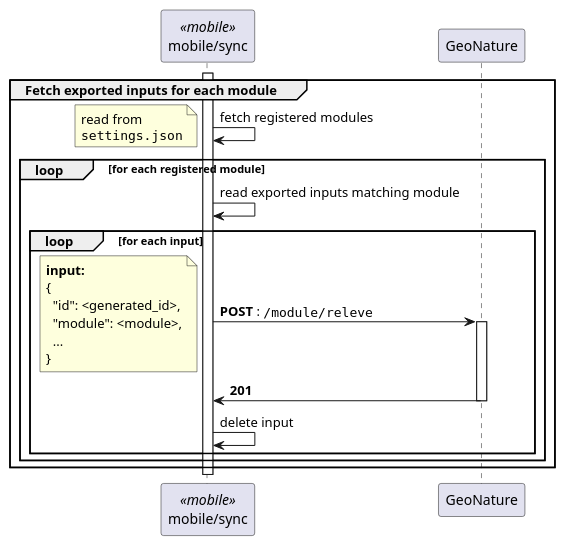
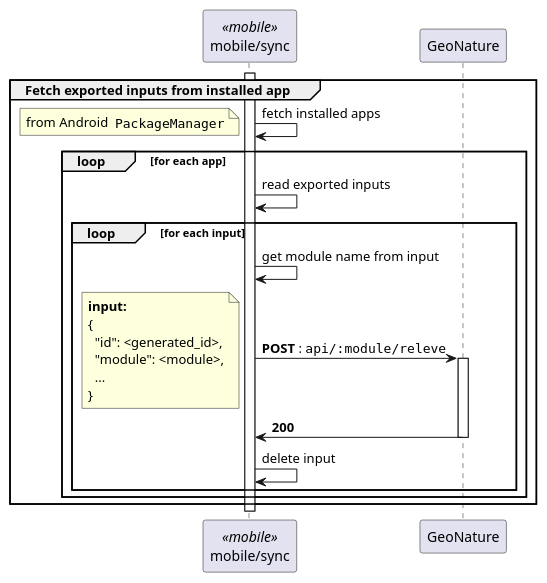
Before and after one commit to PnX-SI/gn_mobile_core: the third of 3 diagrams in docs/sync.adoc, drawn with PlantUML. The commit also changed other lines of this file and 1 other file, not shown here.

Commit message:
docs: synchronization workflow, app settings

```diff
--- a/docs/sync.adoc
+++ b/docs/sync.adoc
@@ -55,35 +86,36 @@
 [plantuml, images/sync_input, svg]
 ....
 participant "mobile/sync" as sync << mobile >>
 participant "GeoNature" as gn
 
 activate sync
 
-group Fetch exported inputs for each module
+group Fetch exported inputs from installed app
 
-  sync -> sync: fetch registered modules
-  note left : read from\n""settings.json""
+  sync -> sync: fetch installed apps
+  note left : from Android  ""PackageManager""
 
-  loop for each registered module
-    sync -> sync : read exported inputs matching module
+  loop for each app
+    sync -> sync : read exported inputs
 
     loop for each input
-      sync -> gn ++ : **POST** : ""/module/releve""
+      sync -> sync : get module name from input
+      sync -> gn ++ : **POST** : ""api/:module/releve""
       note left
         **input:**
         {
           "id": <generated_id>,
           "module": <module>,
           ...
         }
       end note
-      gn -> sync -- : **201**
+      gn -> sync -- : **200**
       sync -> sync : delete input
     end
 
   end
 
 end
 
 deactivate sync
 ....
```
